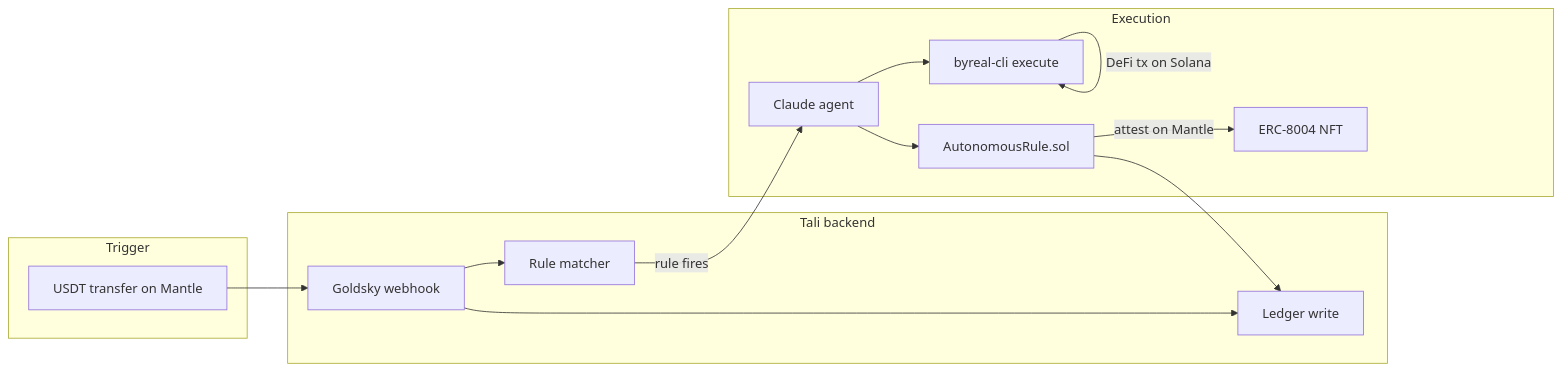
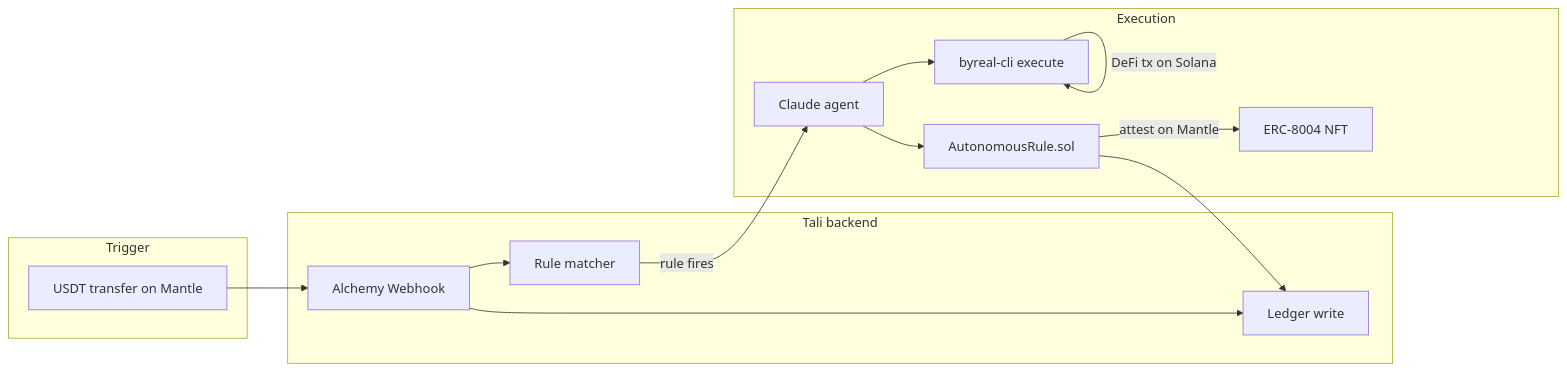
One commit to aliyanamu/tali changed the third of 3 diagrams in docs/architecture.md. Above: the diagram before and after it, drawn with Mermaid. The commit also changed other lines of this file and 1 other file, not shown here.

First line of the commit message:
chore: swap Goldsky for Alchemy Webhooks; note Goldsky for scale

````diff
--- a/docs/architecture.md
+++ b/docs/architecture.md
@@ -100,29 +102,29 @@
 ```mermaid
 flowchart LR
     subgraph Trigger
         E1[USDT transfer on Mantle]
     end
 
     subgraph Tali backend
-        GS[Goldsky webhook]
+        GS[Alchemy Webhook]
         MATCH[Rule matcher]
         LOG[Ledger write]
     end
 
     subgraph Execution
         CL[Claude agent]
         BC[byreal-cli execute]
         AR[AutonomousRule.sol]
         NFT[ERC-8004 NFT]
     end
 
     E1 --> GS
     GS --> MATCH
     MATCH -->|rule fires| CL
     CL --> BC
     BC -->|DeFi tx on Solana| BC
     CL --> AR
     AR -->|attest on Mantle| NFT
     GS --> LOG
     AR --> LOG
 ```
````
